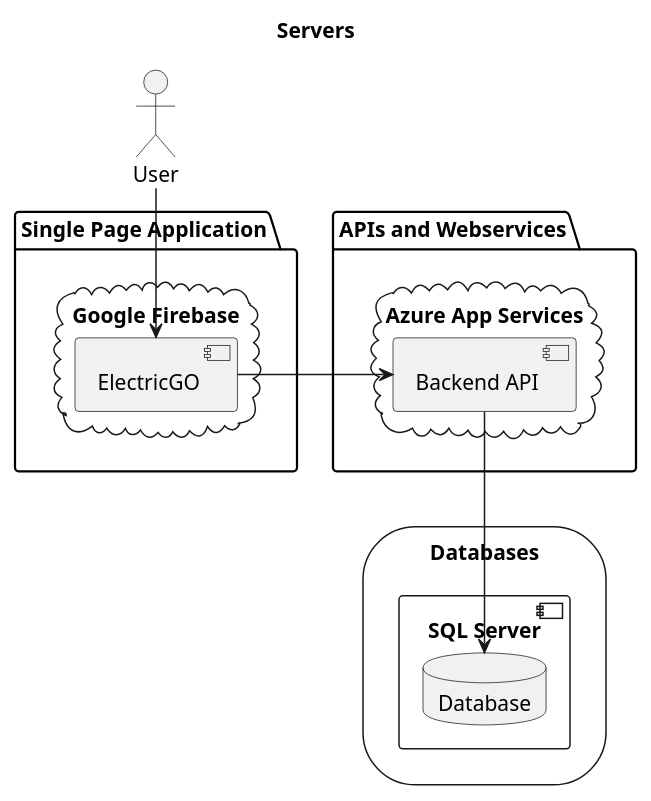
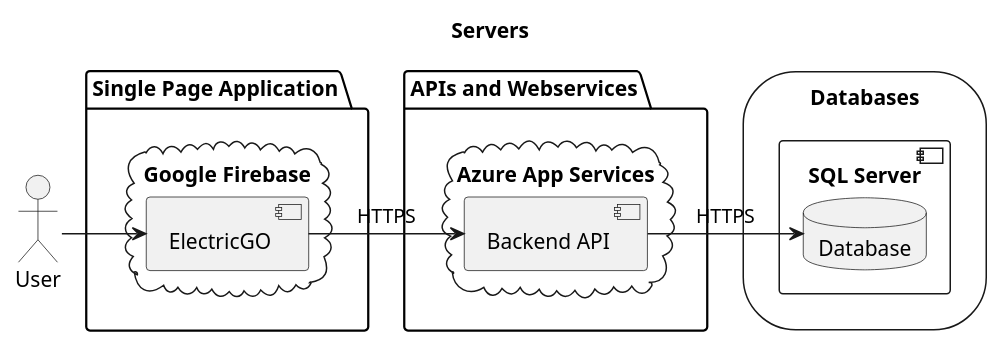
One commit to pedrofern/desofs2024_M1A_1 changed the diagram in Deliverables/diagrams/servers.puml. Above: the diagram before and after it, drawn with PlantUML. The commit also changed 4 other files, not shown here.

```diff
--- a/Deliverables/diagrams/servers.puml
+++ b/Deliverables/diagrams/servers.puml
@@ -1,23 +1,23 @@
 @startuml Servers
 title Servers
 actor User
 storage "Databases" {
     component "SQL Server" {
         database "Database" as bd
     }
 }
 package "APIs and Webservices" {
     cloud "Azure App Services" {
         component "Backend API" as backend
     }
 }
 package "Single Page Application" {
     cloud "Google Firebase" {
         component "ElectricGO" as spa
     }
 }
-User --> spa
-spa -> backend
-backend ---> bd
+User --right--> spa
+spa --right--> backend : HTTPS
+backend --right--> bd : HTTPS
 
 @enduml
```
